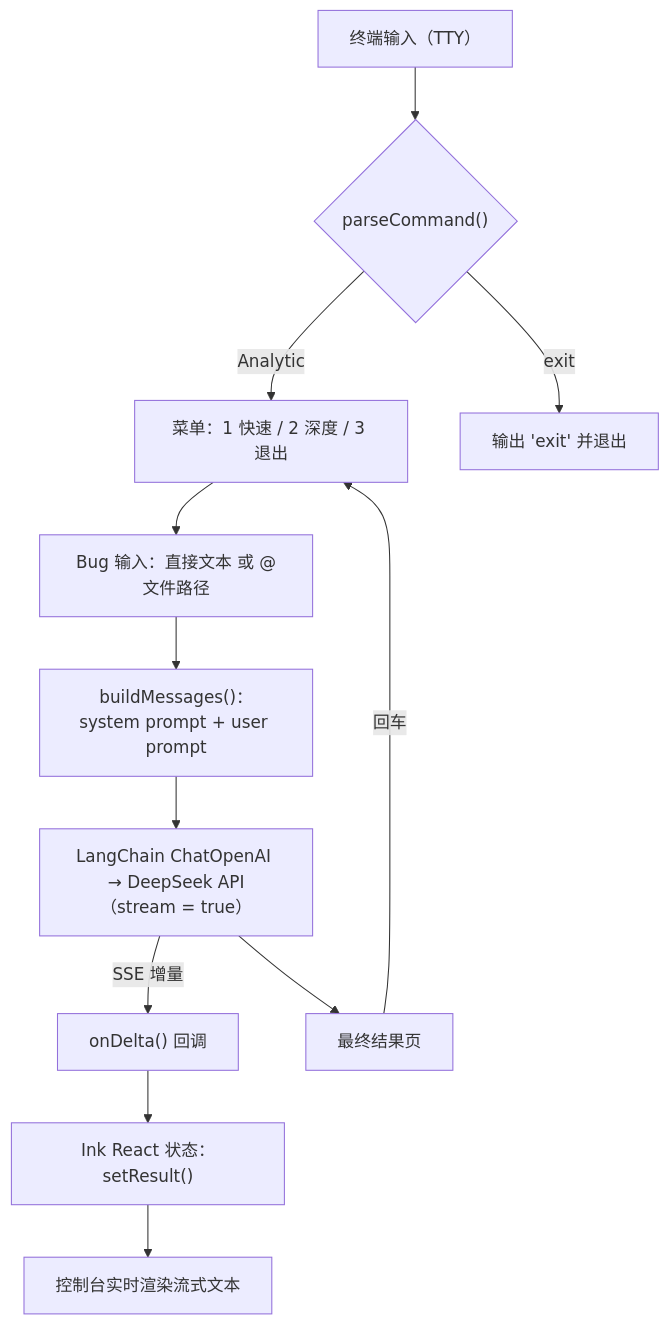
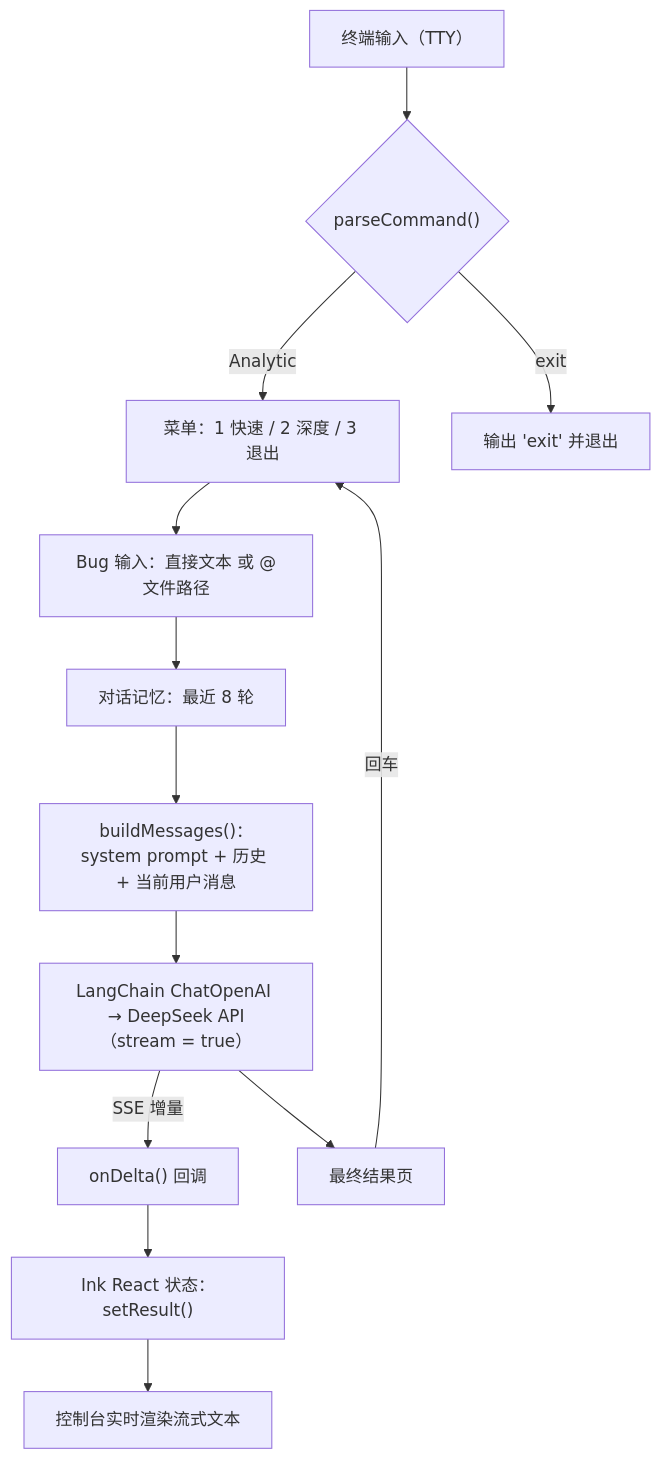
One commit to TJYOYO/BugAnalytic-Agent changed the second of 2 diagrams in README.md. Above: the diagram before and after it, drawn with Mermaid. The commit also changed other lines of this file and 8 other files, not shown here.

````diff
--- a/README.md
+++ b/README.md
@@ -219,14 +225,15 @@
 ```mermaid
 flowchart TD
     A["终端输入（TTY）"] --> B{"parseCommand()"}
     B -->|"Analytic"| C["菜单：1 快速 / 2 深度 / 3 退出"]
     B -->|"exit"| Z["输出 'exit' 并退出"]
     C --> D["Bug 输入：直接文本 或 @文件路径"]
-    D --> E["buildMessages()：system prompt + user prompt"]
+    D --> M["对话记忆：最近 8 轮"]
+    M --> E["buildMessages()：system prompt + 历史 + 当前用户消息"]
     E --> F["LangChain ChatOpenAI → DeepSeek API（stream = true）"]
     F -->|"SSE 增量"| G["onDelta() 回调"]
     G --> H["Ink React 状态：setResult()"]
     H --> I["控制台实时渲染流式文本"]
     F --> J["最终结果页"]
     J -->|"回车"| C
 ```
````
